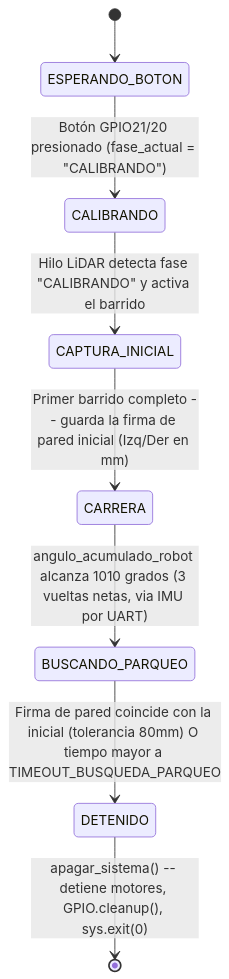
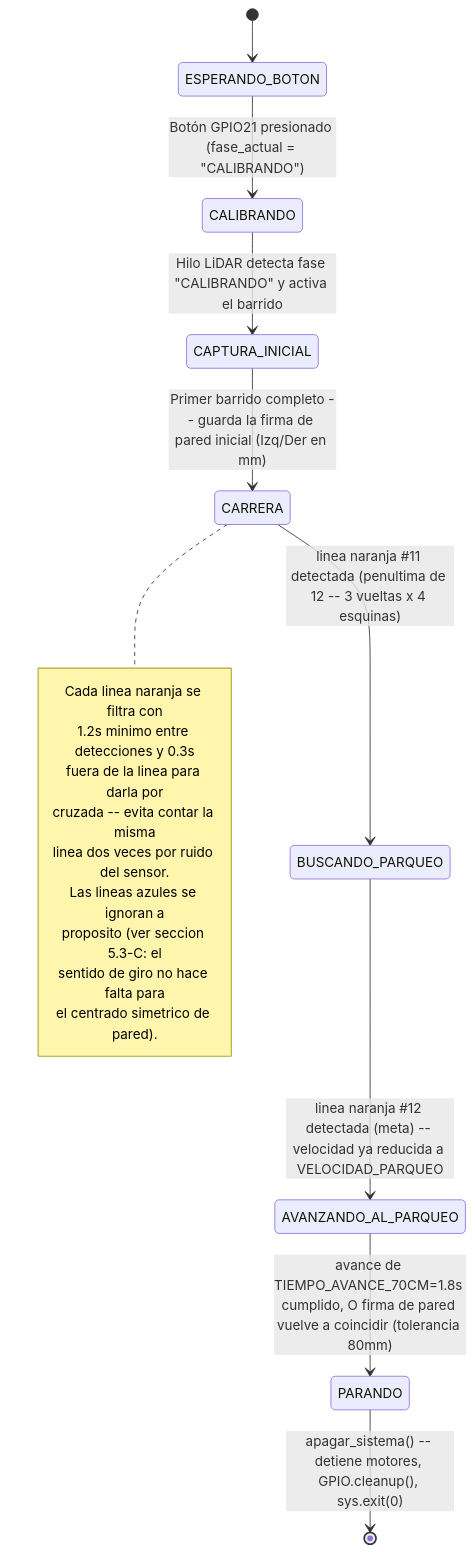
The second of 4 diagrams in README.md (Team-Los-Cedros/WRO-FE-26), drawn with Mermaid before and after one commit. The commit also changed other lines of this file and 7 other files, not shown here.

First line of the commit message:
feat(ronda_abierta): contar lineas naranjas de esquina en vez de deriva IMU

````diff
--- a/README.md
+++ b/README.md
@@ -330,10 +331,23 @@
 ```mermaid
 stateDiagram-v2
     [*] --> ESPERANDO_BOTON
-    ESPERANDO_BOTON --> CALIBRANDO: Botón GPIO21/20 presionado (fase_actual = "CALIBRANDO")
+    ESPERANDO_BOTON --> CALIBRANDO: Botón GPIO21 presionado (fase_actual = "CALIBRANDO")
     CALIBRANDO --> CAPTURA_INICIAL: Hilo LiDAR detecta fase "CALIBRANDO" y activa el barrido
     CAPTURA_INICIAL --> CARRERA: Primer barrido completo -- guarda la firma de pared inicial (Izq/Der en mm)
-    CARRERA --> BUSCANDO_PARQUEO: angulo_acumulado_robot alcanza 1010 grados (3 vueltas netas, via IMU por UART)
-    BUSCANDO_PARQUEO --> DETENIDO: Firma de pared coincide con la inicial (tolerancia 80mm) O tiempo mayor a TIMEOUT_BUSQUEDA_PARQUEO
-    DETENIDO --> [*]: apagar_sistema() -- detiene motores, GPIO.cleanup(), sys.exit(0)
+    CARRERA --> BUSCANDO_PARQUEO: linea naranja #11 detectada (penultima de 12 -- 3 vueltas x 4 esquinas)
+    BUSCANDO_PARQUEO --> AVANZANDO_AL_PARQUEO: linea naranja #12 detectada (meta) -- velocidad ya reducida a VELOCIDAD_PARQUEO
+    AVANZANDO_AL_PARQUEO --> PARANDO: avance de TIEMPO_AVANCE_70CM=1.8s cumplido, O firma de pared vuelve a coincidir (tolerancia 80mm)
+    PARANDO --> [*]: apagar_sistema() -- detiene motores, GPIO.cleanup(), sys.exit(0)
+
+    note right of CARRERA
+        Cada linea naranja se filtra con
+        1.2s minimo entre detecciones y 0.3s
+        fuera de la linea para darla por
+        cruzada -- evita contar la misma
+        linea dos veces por ruido del sensor.
+        Las lineas azules se ignoran a
+        proposito (ver seccion 5.3-C: el
+        sentido de giro no hace falta para
+        el centrado simetrico de pared).
+    end note
 ```
````
